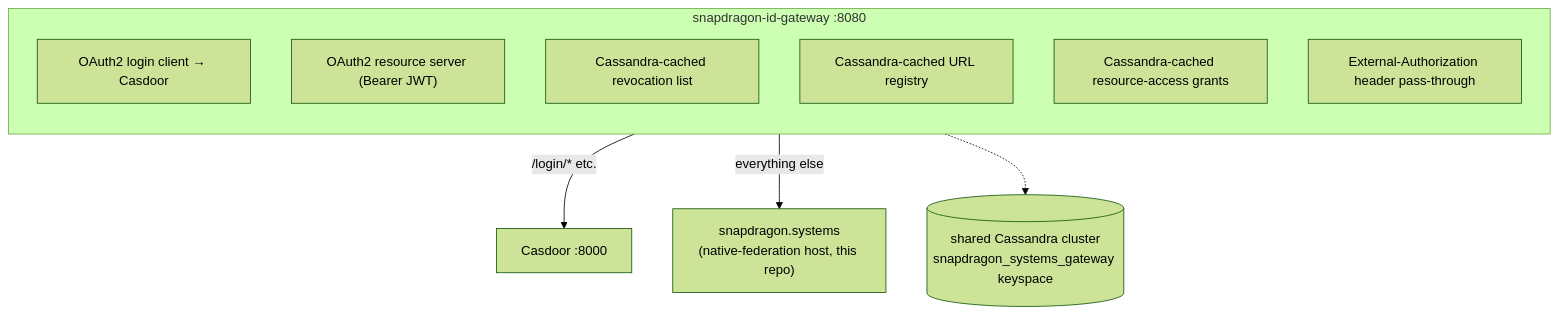
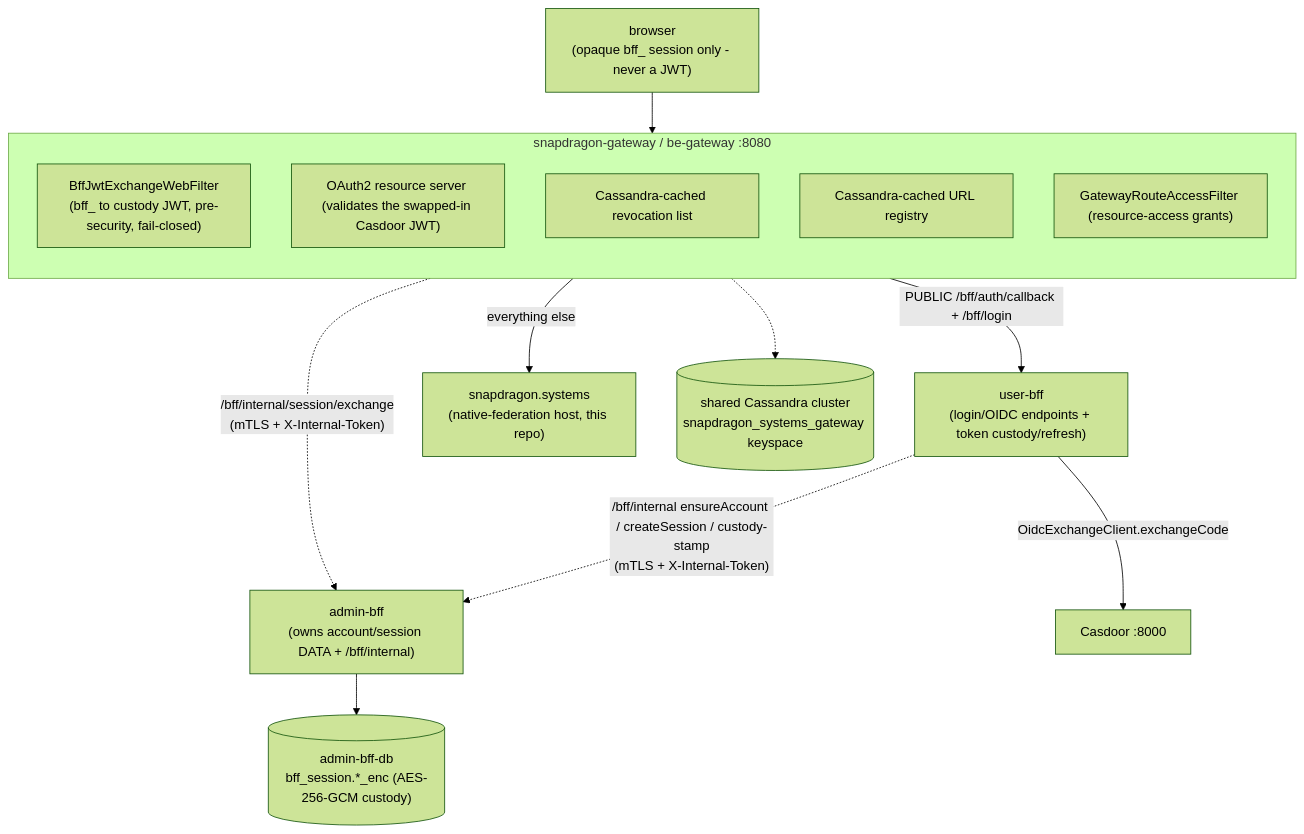
The first of 2 diagrams in docs/platform-topology.md (hugmesh/hugmesh-host-shell), drawn with Mermaid (forest theme) before and after one commit. The commit also changed other lines of this file, not shown here.

First line of the commit message:
docs(topology): refresh platform-topology for SSO BFF-custody auth model (#92)

````diff
--- a/docs/platform-topology.md
+++ b/docs/platform-topology.md
@@ -13,16 +24,21 @@
 ```mermaid
 flowchart TB
-  subgraph gw["snapdragon-id-gateway :8080"]
+  browser["browser<br/>(opaque bff_ session only - never a JWT)"]
+  browser --> gw
+  subgraph gw["snapdragon-gateway / be-gateway :8080"]
     direction TB
-    g1["OAuth2 login client → Casdoor"]
-    g2["OAuth2 resource server (Bearer JWT)"]
+    g1["BffJwtExchangeWebFilter<br/>(bff_ to custody JWT, pre-security, fail-closed)"]
+    g2["OAuth2 resource server (validates the swapped-in Casdoor JWT)"]
     g3["Cassandra-cached revocation list"]
     g4["Cassandra-cached URL registry"]
-    g5["Cassandra-cached resource-access grants"]
-    g6["External-Authorization header pass-through"]
+    g5["GatewayRouteAccessFilter (resource-access grants)"]
   end
-  gw -->|"/login/* etc."| casdoor["Casdoor :8000"]
+  g1 -.->|"/bff/internal/session/exchange<br/>(mTLS + X-Internal-Token)"| abff
+  gw -->|"PUBLIC /bff/auth/callback + /bff/login"| ubff["user-bff<br/>(login/OIDC endpoints + token custody/refresh)"]
   gw -->|"everything else"| host["snapdragon.systems<br/>(native-federation host, this repo)"]
+  ubff -->|"OidcExchangeClient.exchangeCode"| casdoor["Casdoor :8000"]
+  ubff -.->|"/bff/internal ensureAccount / createSession / custody-stamp<br/>(mTLS + X-Internal-Token)"| abff["admin-bff<br/>(owns account/session DATA + /bff/internal)"]
+  abff --> abffdb[("admin-bff-db<br/>bff_session.*_enc (AES-256-GCM custody)")]
   cass[("shared Cassandra cluster<br/>snapdragon_systems_gateway keyspace")]
   gw -.-> cass
 ```
````
